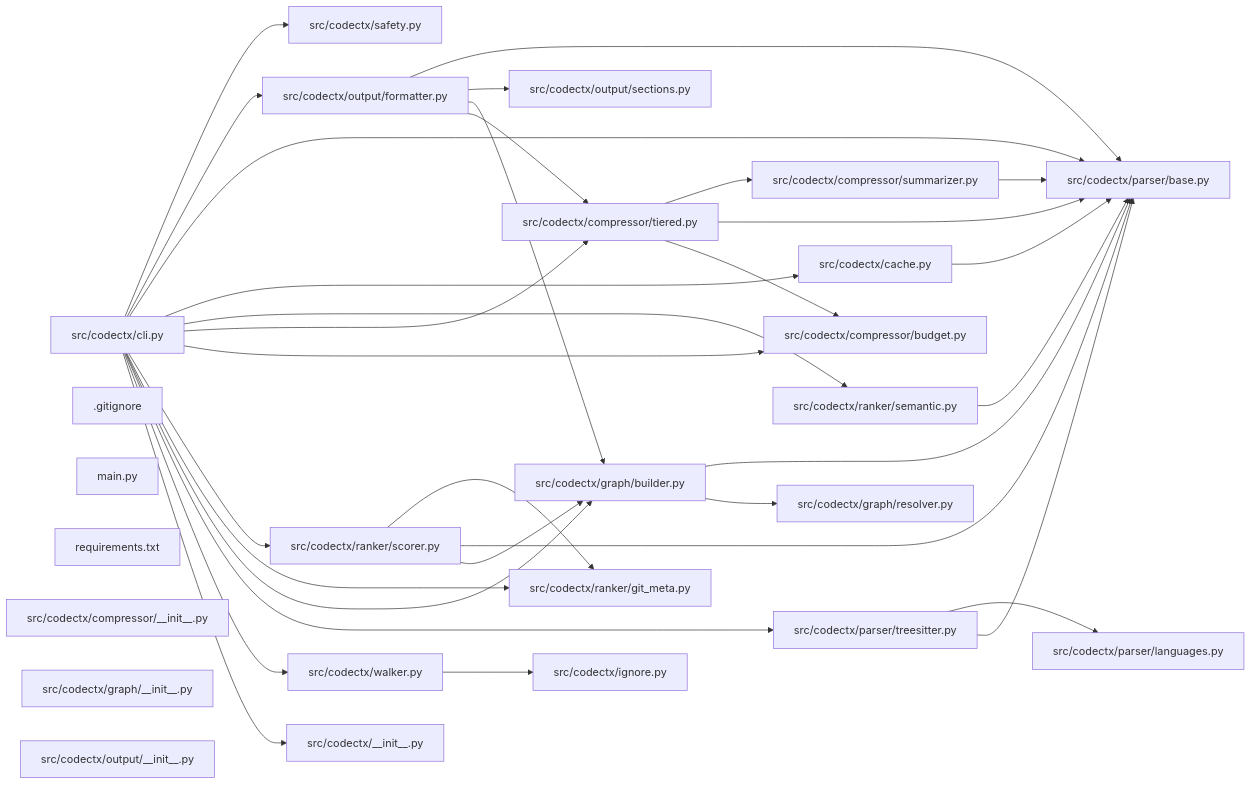
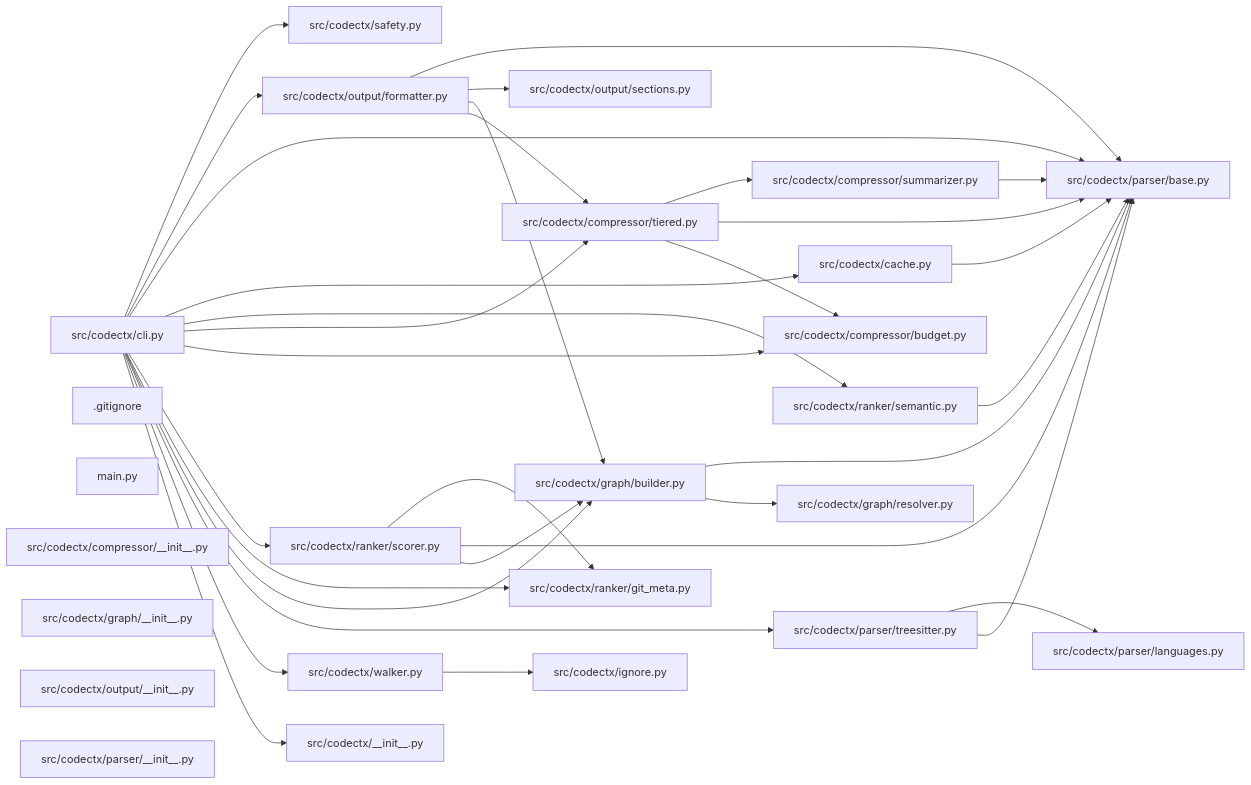
One commit to hey-granth/codectx changed the diagram in CONTEXT.md. Above: the diagram before and after it, drawn with Mermaid. The commit also changed other lines of this file and 10 other files, not shown here.

First line of the commit message:
fix: walker symlinks and git metadata edge cases

````diff
--- a/CONTEXT.md
+++ b/CONTEXT.md
@@ -918,59 +880,59 @@
 ```mermaid
 graph LR
     f0["src/codectx/cli.py"]
-    f1["src/codectx/parser/base.py"]
-    f2["src/codectx/output/formatter.py"]
-    f3["src/codectx/compressor/tiered.py"]
-    f4["src/codectx/graph/builder.py"]
-    f5["src/codectx/parser/treesitter.py"]
-    f6["src/codectx/ranker/scorer.py"]
-    f7["src/codectx/ranker/git_meta.py"]
-    f8["src/codectx/ranker/semantic.py"]
-    f9["src/codectx/walker.py"]
+    f1["src/codectx/output/formatter.py"]
+    f2["src/codectx/graph/builder.py"]
+    f3["src/codectx/parser/base.py"]
+    f4["src/codectx/ranker/scorer.py"]
+    f5["src/codectx/ranker/git_meta.py"]
+    f6["src/codectx/ranker/semantic.py"]
+    f7["src/codectx/compressor/tiered.py"]
+    f8["src/codectx/walker.py"]
+    f9["src/codectx/parser/treesitter.py"]
     f10["src/codectx/cache.py"]
     f11["src/codectx/graph/resolver.py"]
     f12["src/codectx/output/sections.py"]
     f13["src/codectx/compressor/budget.py"]
     f14[".gitignore"]
     f15["src/codectx/parser/languages.py"]
     f16["src/codectx/compressor/summarizer.py"]
     f17["src/codectx/__init__.py"]
     f18["main.py"]
     f19["src/codectx/ignore.py"]
     f20["src/codectx/safety.py"]
-    f21["requirements.txt"]
-    f22["src/codectx/compressor/__init__.py"]
-    f23["src/codectx/graph/__init__.py"]
-    f24["src/codectx/output/__init__.py"]
+    f21["src/codectx/compressor/__init__.py"]
+    f22["src/codectx/graph/__init__.py"]
+    f23["src/codectx/output/__init__.py"]
+    f24["src/codectx/parser/__init__.py"]
     f0 --> f20
-    f0 --> f2
     f0 --> f1
+    f0 --> f3
     f0 --> f10
-    f0 --> f8
-    f0 --> f3
-    f0 --> f13
     f0 --> f6
     f0 --> f7
+    f0 --> f13
     f0 --> f4
     f0 --> f5
+    f0 --> f2
     f0 --> f9
+    f0 --> f8
     f0 --> f17
-    f2 --> f1
-    f2 --> f12
-    f2 --> f4
+    f1 --> f3
+    f1 --> f12
+    f1 --> f2
+    f1 --> f7
     f2 --> f3
-    f3 --> f16
-    f3 --> f1
-    f3 --> f13
-    f4 --> f1
-    f4 --> f11
-    f5 --> f15
-    f5 --> f1
-    f6 --> f7
-    f6 --> f1
-    f6 --> f4
-    f8 --> f1
-    f9 --> f19
-    f10 --> f1
-    f16 --> f1
+    f2 --> f11
+    f4 --> f5
+    f4 --> f3
+    f4 --> f2
+    f6 --> f3
+    f7 --> f16
+    f7 --> f3
+    f7 --> f13
+    f8 --> f19
+    f9 --> f15
+    f9 --> f3
+    f10 --> f3
+    f16 --> f3
 ```
````
